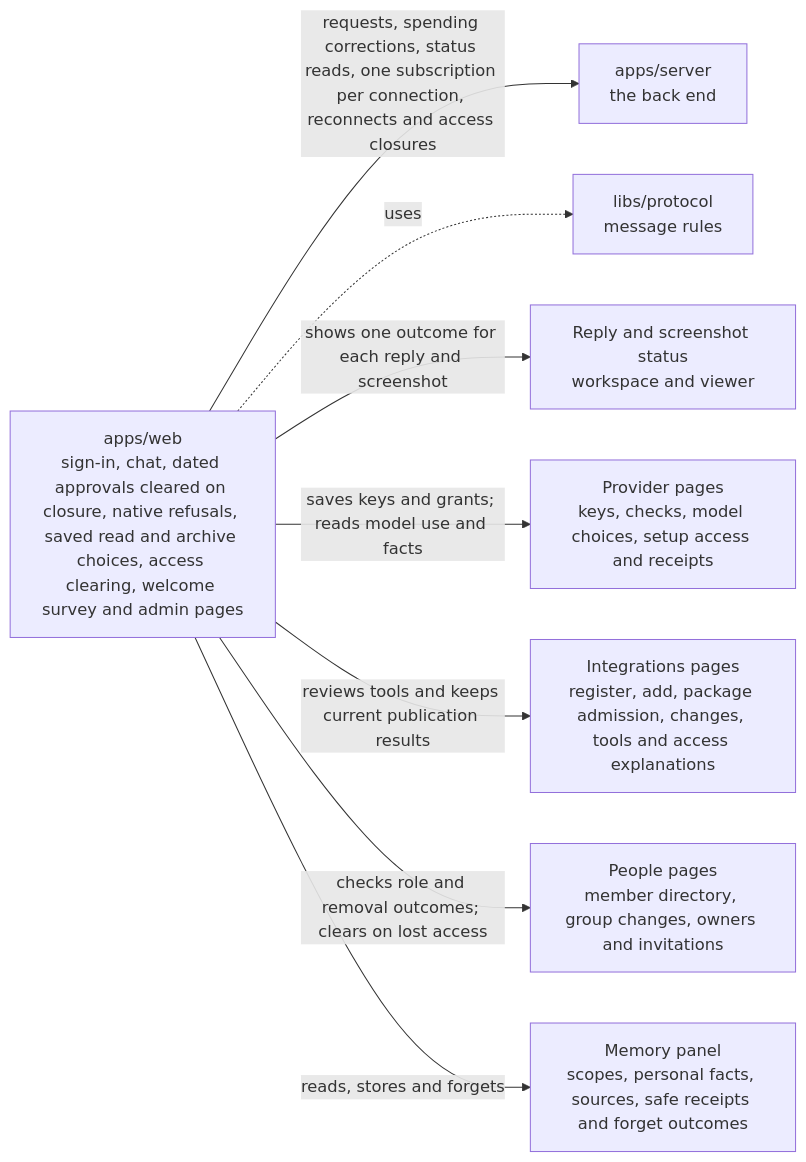
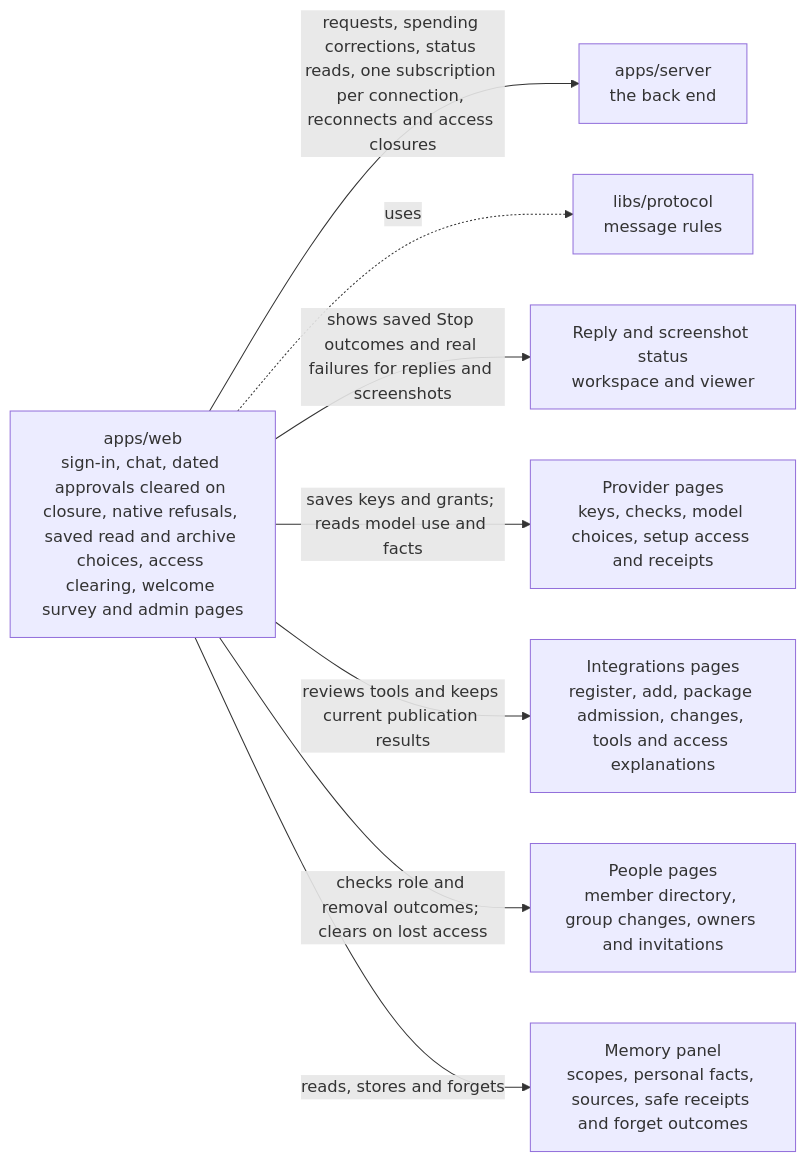
One commit to elewa-git/opencrane-new changed the diagram in apps/web/README.md. Above: the diagram before and after it, drawn with Mermaid. The commit also changed other lines of this file and 13 other files, not shown here.

Commit message:
🐛 Preserve real failures after Stop with distinct saved end reasons

````diff
--- a/apps/web/README.md
+++ b/apps/web/README.md
@@ -11,10 +11,10 @@
 ```mermaid
 flowchart LR
   web["apps/web<br/>sign-in, chat, dated approvals cleared on closure, native refusals, saved read and archive choices, access clearing, welcome survey and admin pages"] -->|requests, spending corrections, status reads, one subscription per connection, reconnects and access closures| server["apps/server<br/>the back end"]
   web -.->|uses| protocol["libs/protocol<br/>message rules"]
-  web -->|shows one outcome for each reply and screenshot| capture["Reply and screenshot status<br/>workspace and viewer"]
+  web -->|shows saved Stop outcomes and real failures for replies and screenshots| capture["Reply and screenshot status<br/>workspace and viewer"]
   web -->|saves keys and grants; reads model use and facts| providers["Provider pages<br/>keys, checks, model choices, setup access and receipts"]
   web -->|reviews tools and keeps current publication results| integrations["Integrations pages<br/>register, add, package admission, changes, tools and access explanations"]
   web -->|checks role and removal outcomes; clears on lost access| people["People pages<br/>member directory, group changes, owners and invitations"]
   web -->|reads, stores and forgets| memory["Memory panel<br/>scopes, personal facts, sources, safe receipts and forget outcomes"]
 ```
````
